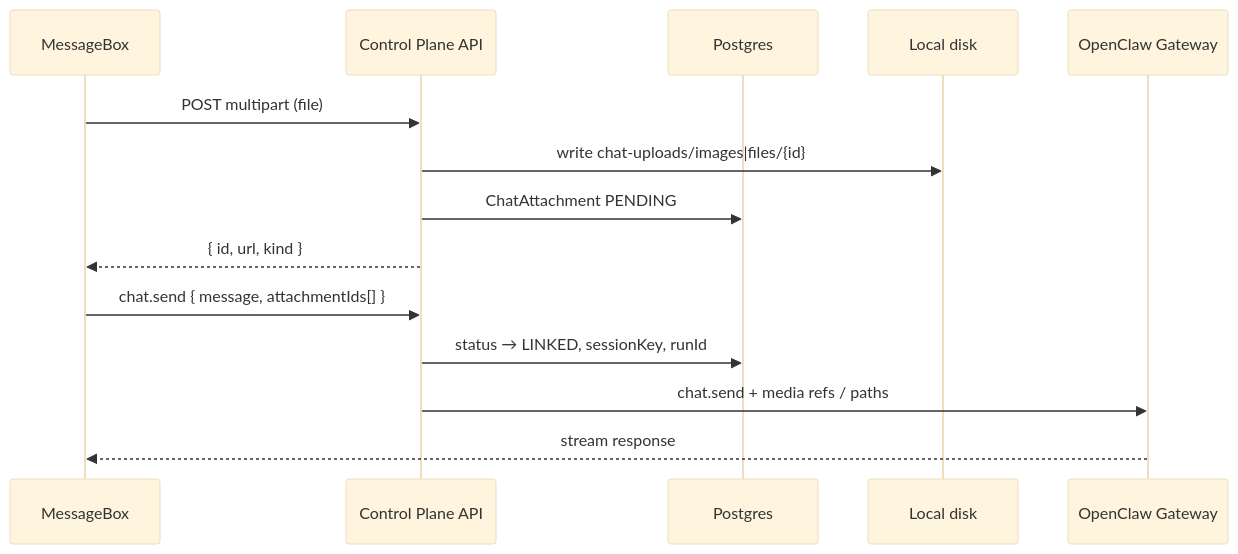
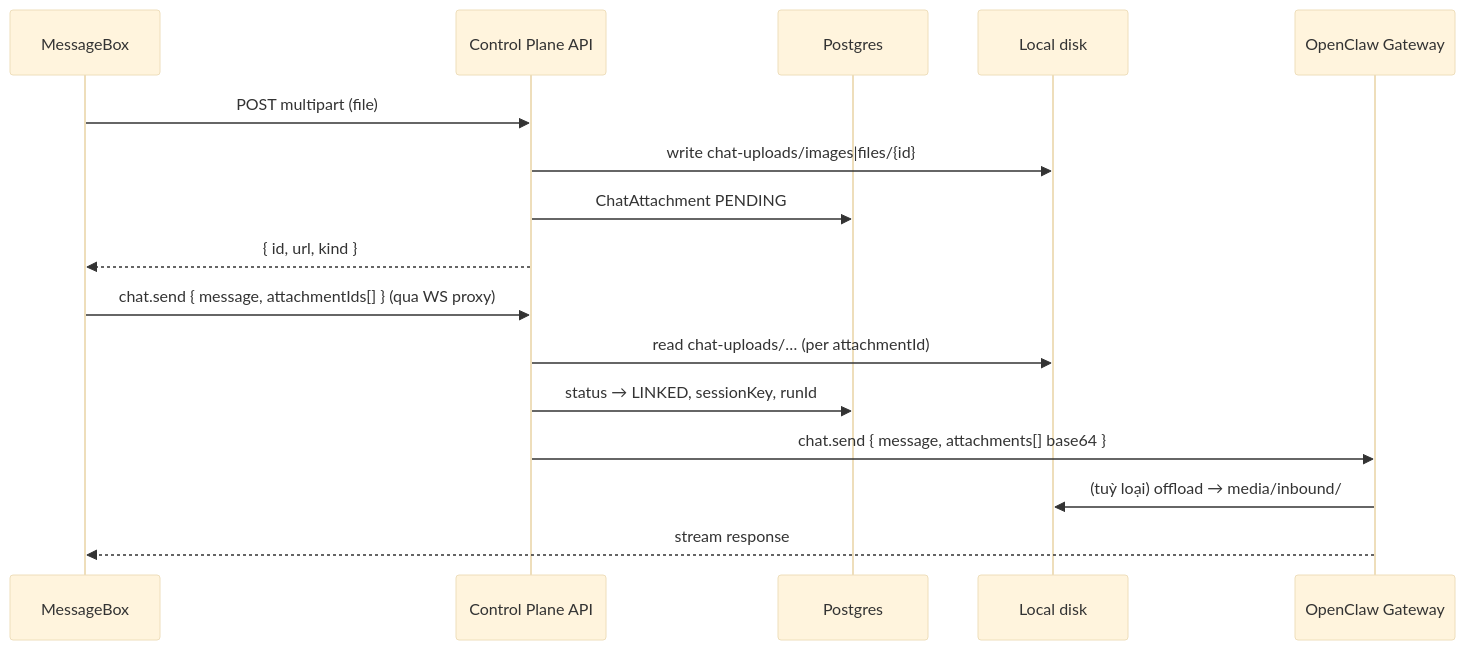
One commit to mankhb2k/claw-dashboard changed the diagram in chat-attachments-backend-plan.md. Above: the diagram before and after it, drawn with Mermaid (base theme). The commit also changed other lines of this file and 47 other files, not shown here.

````diff
--- a/chat-attachments-backend-plan.md
+++ b/chat-attachments-backend-plan.md
@@ -180,18 +196,20 @@
 ```mermaid
 sequenceDiagram
   participant UI as MessageBox
   participant API as Control Plane API
   participant DB as Postgres
   participant Disk as Local disk
   participant GW as OpenClaw Gateway
 
   UI->>API: POST multipart (file)
   API->>Disk: write chat-uploads/images|files/{id}
   API->>DB: ChatAttachment PENDING
   API-->>UI: { id, url, kind }
 
-  UI->>API: chat.send { message, attachmentIds[] }
+  UI->>API: chat.send { message, attachmentIds[] } (qua WS proxy)
+  API->>Disk: read chat-uploads/… (per attachmentId)
   API->>DB: status → LINKED, sessionKey, runId
-  API->>GW: chat.send + media refs / paths
+  API->>GW: chat.send { message, attachments[] base64 }
+  GW->>Disk: (tuỳ loại) offload → media/inbound/
   GW-->>UI: stream response
 ```
````
